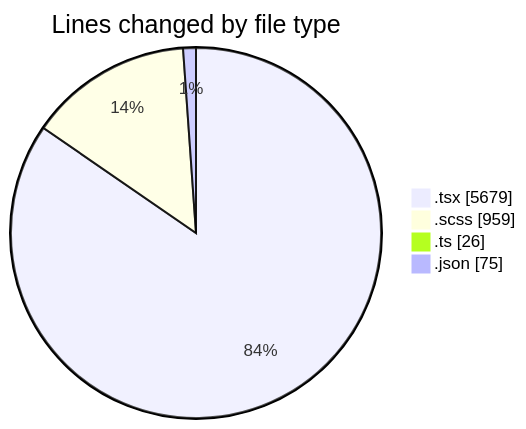
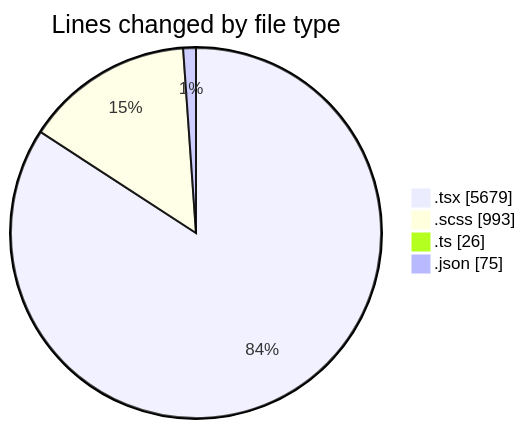
One commit to momahboobian/code-tracking changed the first of 2 diagrams in 2025-04-09/cda/README.md. Above: the diagram before and after it, drawn with Mermaid. The commit also changed other lines of this file and 1 other file, not shown here.

````diff
--- a/2025-04-09/cda/README.md
+++ b/2025-04-09/cda/README.md
@@ -43,8 +43,8 @@
 ```mermaid
 pie showData
 title Lines changed by file type
 ".tsx" : 5679
-".scss" : 959
+".scss" : 993
 ".ts" : 26
 ".json" : 75
 ```
````
